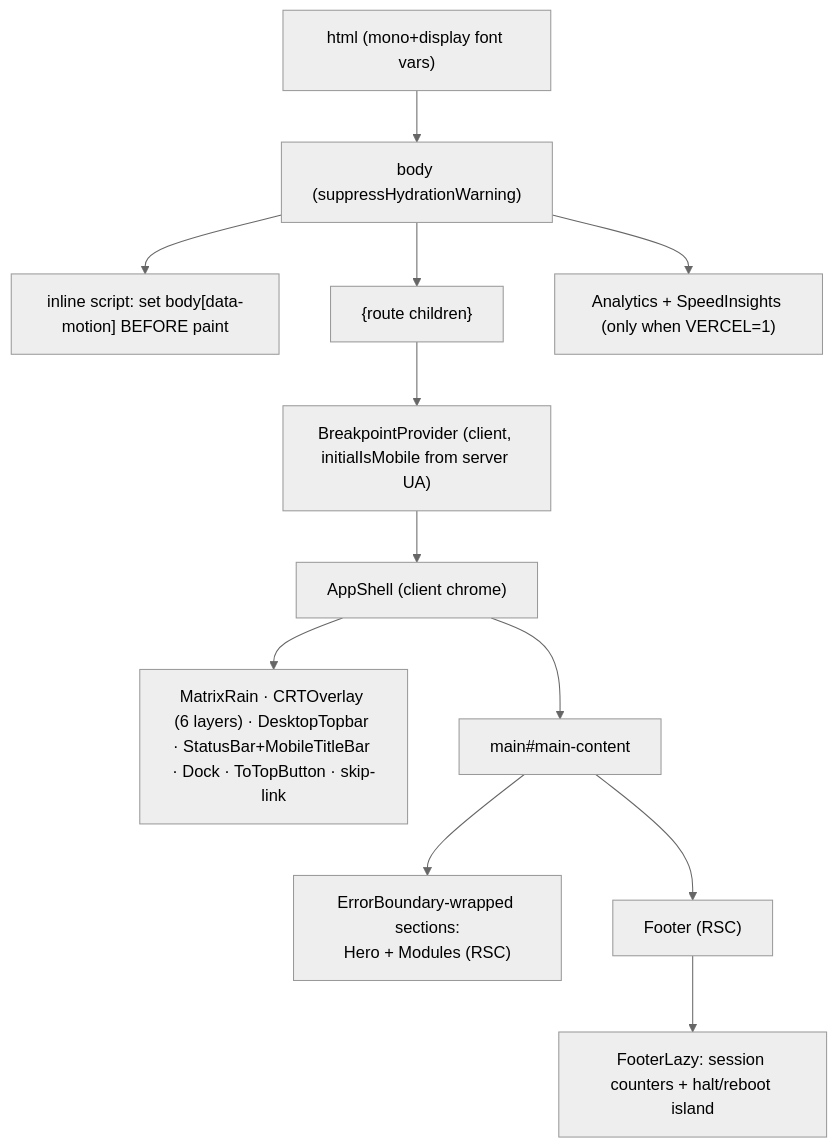
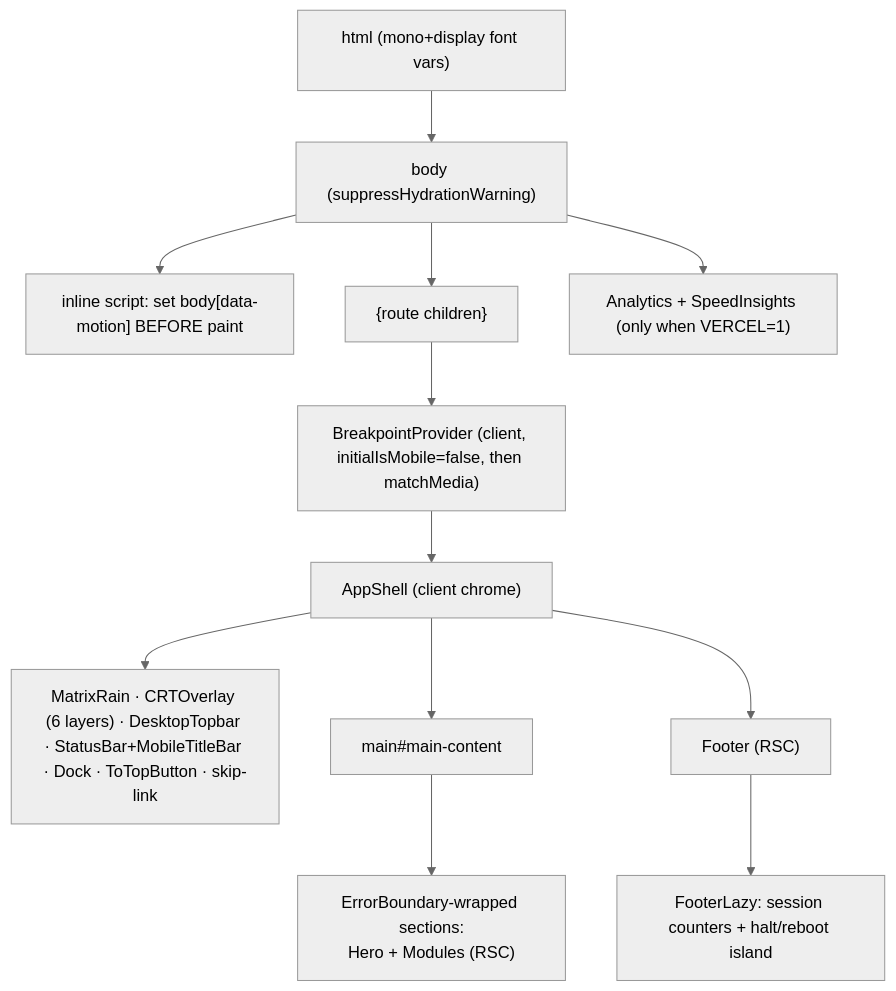
The second of 6 diagrams in docs/03-rendering-and-data-flow.md (erikunha/portfolio), drawn with Mermaid (neutral theme) before and after one commit. The commit also changed other lines of this file and 15 other files, not shown here.

````diff
--- a/docs/03-rendering-and-data-flow.md
+++ b/docs/03-rendering-and-data-flow.md
@@ -38,14 +41,14 @@
 ```mermaid
 flowchart TD
     html["html (mono+display font vars)"] --> body["body (suppressHydrationWarning)"]
     body --> boot["inline script: set body[data-motion] BEFORE paint"]
     body --> children["{route children}"]
     body --> rum["Analytics + SpeedInsights (only when VERCEL=1)"]
-    children --> bp["BreakpointProvider (client, initialIsMobile from server UA)"]
+    children --> bp["BreakpointProvider (client, initialIsMobile=false, then matchMedia)"]
     bp --> appshell["AppShell (client chrome)"]
     appshell --> chrome["MatrixRain · CRTOverlay (6 layers) · DesktopTopbar · StatusBar+MobileTitleBar · Dock · ToTopButton · skip-link"]
     appshell --> main["main#main-content"]
     main --> secs["ErrorBoundary-wrapped sections:<br/>Hero + Modules (RSC)"]
-    main --> footer["Footer (RSC)"]
+    appshell --> footer["Footer (RSC)"]
     footer --> footerIslands["FooterLazy: session counters + halt/reboot island"]
 ```
````
